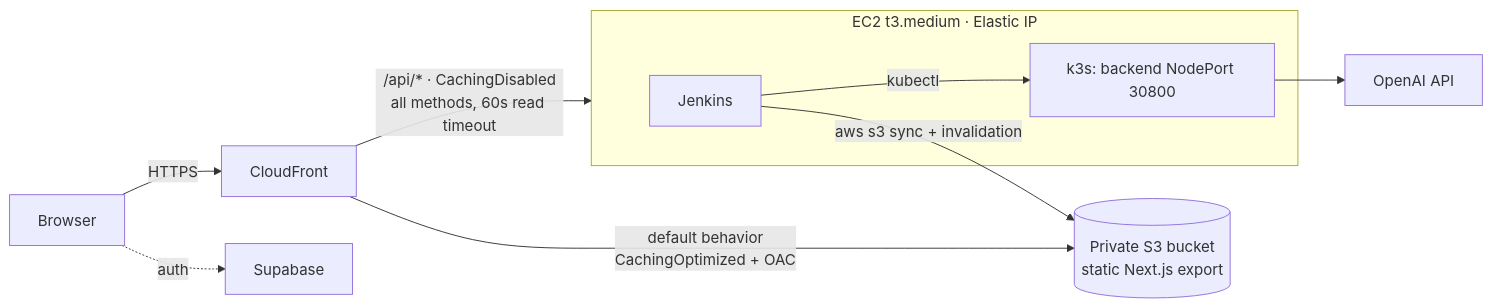
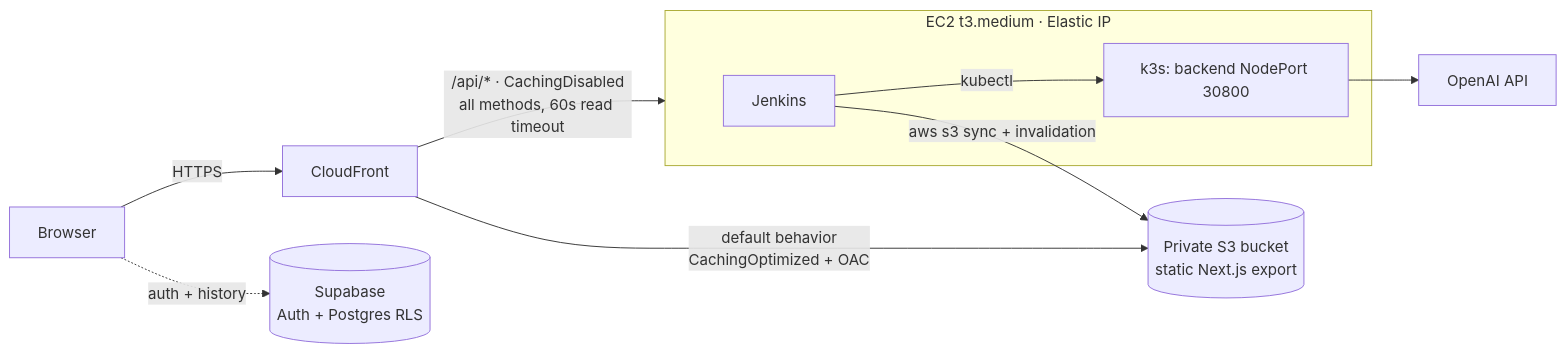
The first of 7 diagrams in README.md (DavidBatoDev/ss-to-code), drawn with Mermaid before and after one commit. The commit also changed other lines of this file, not shown here.

Commit message:
docs: expand README with detailed sections and diagrams

````diff
--- a/README.md
+++ b/README.md
@@ -17,12 +80,12 @@
 ```mermaid
 flowchart LR
   U[Browser] -->|HTTPS| CF[CloudFront]
   CF -->|default behavior<br/>CachingOptimized + OAC| S3[(Private S3 bucket<br/>static Next.js export)]
   CF -->|/api/* · CachingDisabled<br/>all methods, 60s read timeout| EC2
   subgraph EC2[EC2 t3.medium · Elastic IP]
     J[Jenkins] -->|kubectl| K[k3s: backend NodePort 30800]
   end
   K --> OAI[OpenAI API]
-  U -.->|auth| SB[Supabase]
+  U -.->|auth + history| SB[(Supabase<br/>Auth + Postgres RLS)]
   J -->|aws s3 sync + invalidation| S3
 ```
````
